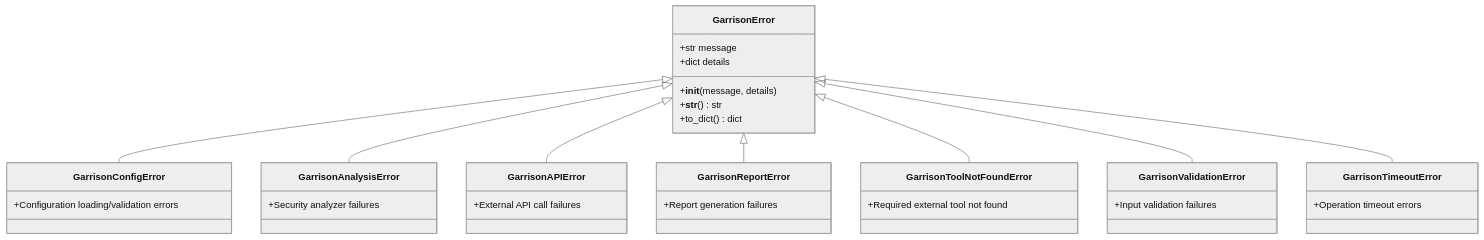
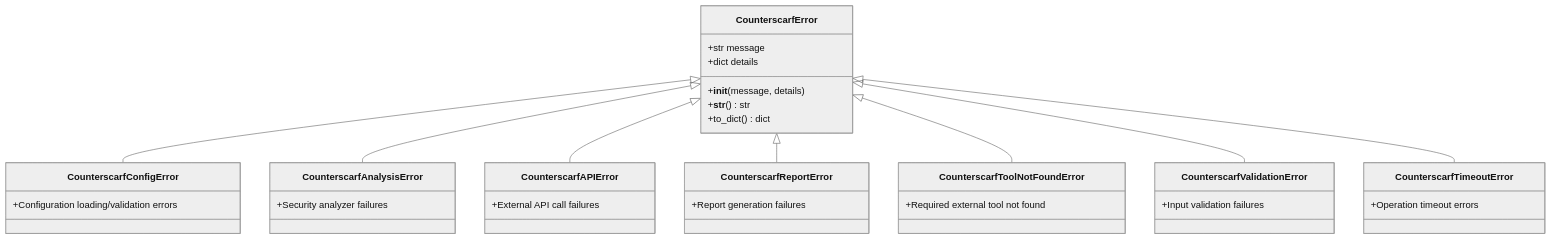
One commit to RunTimeAdmin/counterscarp changed the fourth of 13 diagrams in ARCHITECTURE.md. Above: the diagram before and after it, drawn with Mermaid (neutral theme). The commit also changed other lines of this file and 76 other files, not shown here.

````diff
--- a/ARCHITECTURE.md
+++ b/ARCHITECTURE.md
@@ -389,46 +389,46 @@
 ```mermaid
 classDiagram
-    class GarrisonError {
+    class CounterscarfError {
         +str message
         +dict details
         +__init__(message, details)
         +__str__() str
         +to_dict() dict
     }
 
-    class GarrisonConfigError {
+    class CounterscarfConfigError {
         +Configuration loading/validation errors
     }
 
-    class GarrisonAnalysisError {
+    class CounterscarfAnalysisError {
         +Security analyzer failures
     }
 
-    class GarrisonAPIError {
+    class CounterscarfAPIError {
         +External API call failures
     }
 
-    class GarrisonReportError {
+    class CounterscarfReportError {
         +Report generation failures
     }
 
-    class GarrisonToolNotFoundError {
+    class CounterscarfToolNotFoundError {
         +Required external tool not found
     }
 
-    class GarrisonValidationError {
+    class CounterscarfValidationError {
         +Input validation failures
     }
 
-    class GarrisonTimeoutError {
+    class CounterscarfTimeoutError {
         +Operation timeout errors
     }
 
-    GarrisonError <|-- GarrisonConfigError
-    GarrisonError <|-- GarrisonAnalysisError
-    GarrisonError <|-- GarrisonAPIError
-    GarrisonError <|-- GarrisonReportError
-    GarrisonError <|-- GarrisonToolNotFoundError
-    GarrisonError <|-- GarrisonValidationError
-    GarrisonError <|-- GarrisonTimeoutError
+    CounterscarfError <|-- CounterscarfConfigError
+    CounterscarfError <|-- CounterscarfAnalysisError
+    CounterscarfError <|-- CounterscarfAPIError
+    CounterscarfError <|-- CounterscarfReportError
+    CounterscarfError <|-- CounterscarfToolNotFoundError
+    CounterscarfError <|-- CounterscarfValidationError
+    CounterscarfError <|-- CounterscarfTimeoutError
 ```
````
